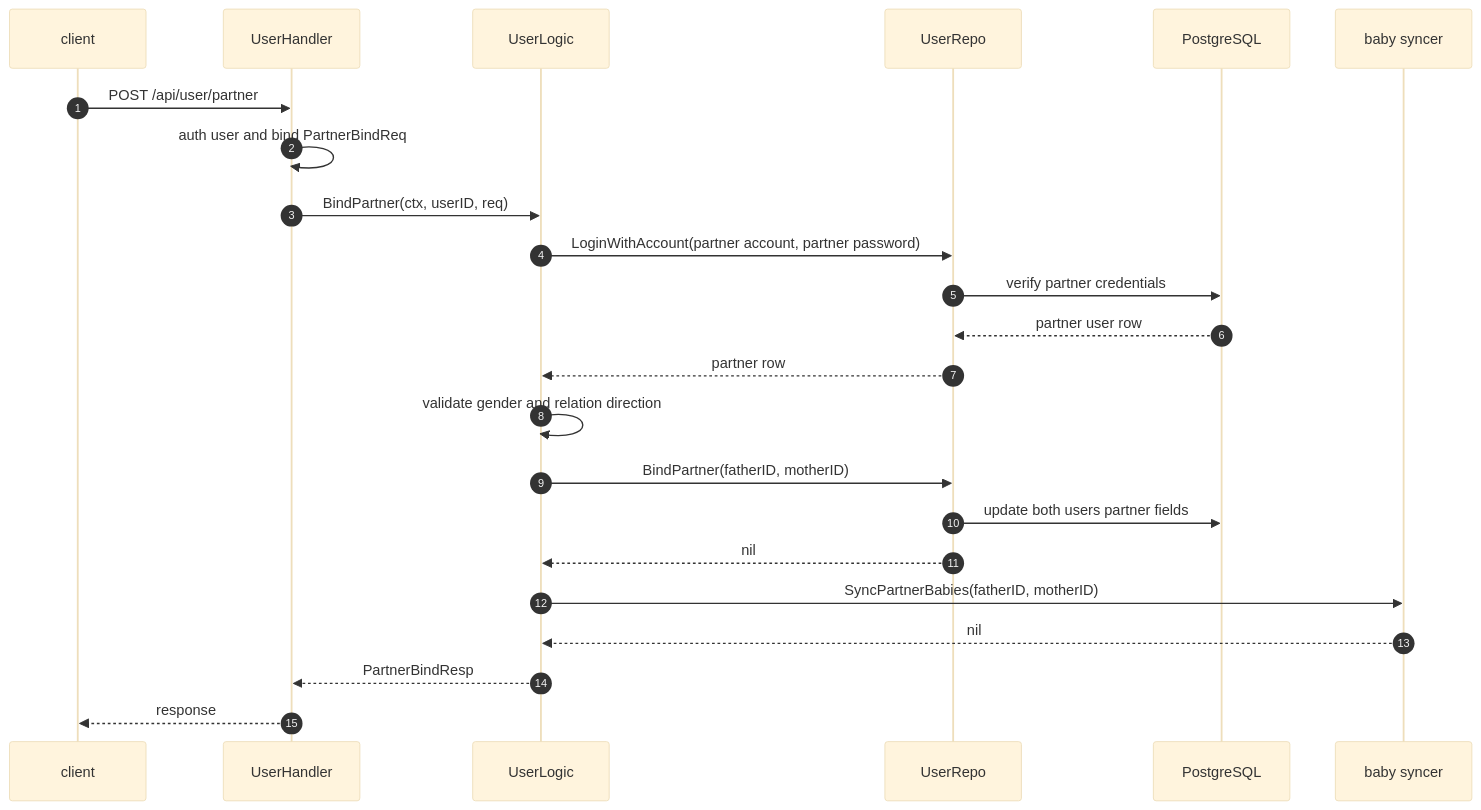
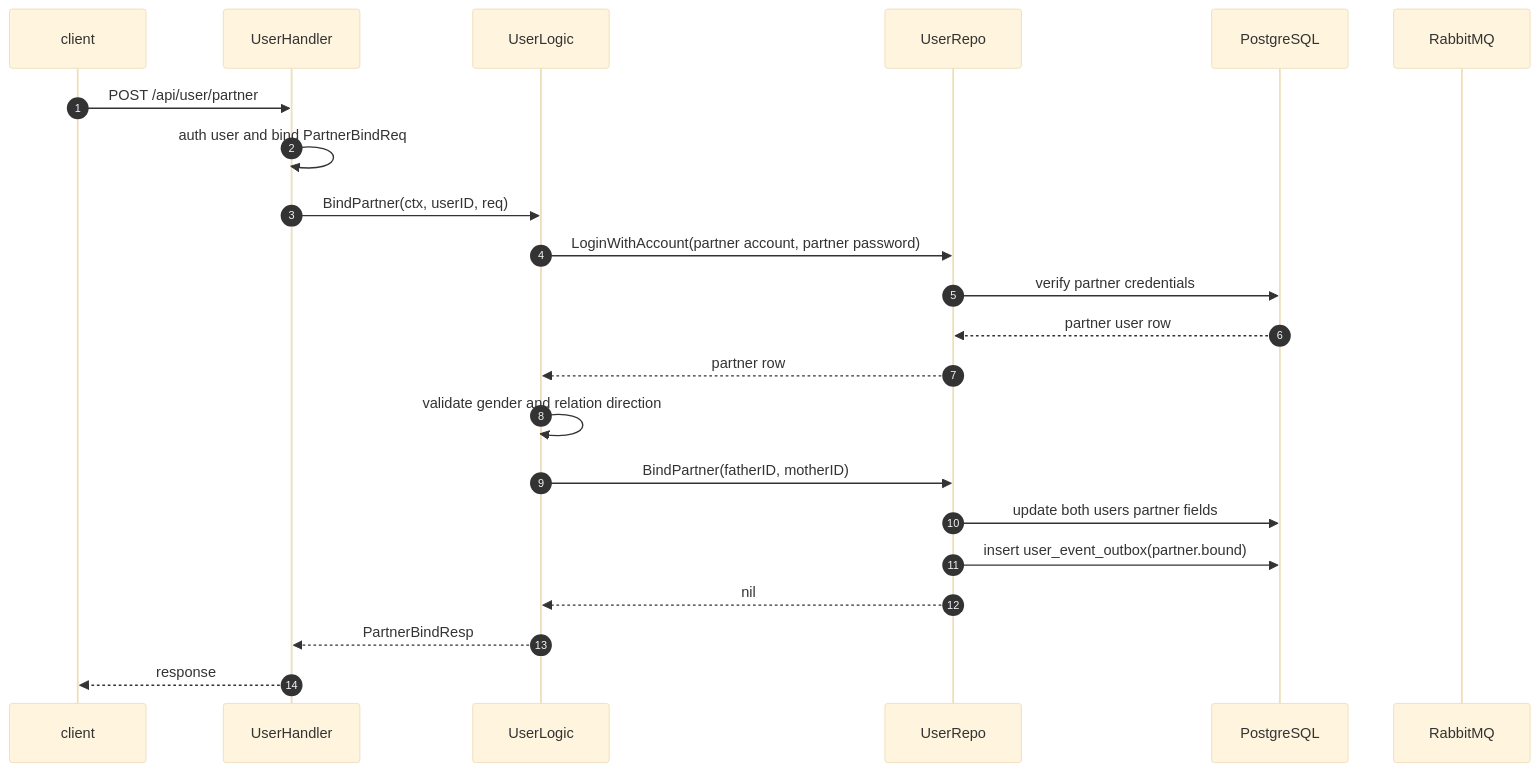
Before and after one commit to Goblin-Master/nurture: the fourth of 5 diagrams in internal/user/doc/README.md, drawn with Mermaid (base theme). The commit also changed other lines of this file and 10 other files, not shown here.

Commit message:
refactor: remove direct baby sync from user binding

````diff
--- a/internal/user/doc/README.md
+++ b/internal/user/doc/README.md
@@ -110,26 +113,25 @@
 ```mermaid
 sequenceDiagram
   autonumber
   participant Client as client
   participant Handler as UserHandler
   participant Logic as UserLogic
   participant Repo as UserRepo
   participant DB as PostgreSQL
-  participant Baby as baby syncer
+  participant MQ as RabbitMQ
 
   Client->>Handler: POST /api/user/partner
   Handler->>Handler: auth user and bind PartnerBindReq
   Handler->>Logic: BindPartner(ctx, userID, req)
   Logic->>Repo: LoginWithAccount(partner account, partner password)
   Repo->>DB: verify partner credentials
   DB-->>Repo: partner user row
   Repo-->>Logic: partner row
   Logic->>Logic: validate gender and relation direction
   Logic->>Repo: BindPartner(fatherID, motherID)
   Repo->>DB: update both users partner fields
+  Repo->>DB: insert user_event_outbox(partner.bound)
   Repo-->>Logic: nil
-  Logic->>Baby: SyncPartnerBabies(fatherID, motherID)
-  Baby-->>Logic: nil
   Logic-->>Handler: PartnerBindResp
   Handler-->>Client: response
 ```
````
